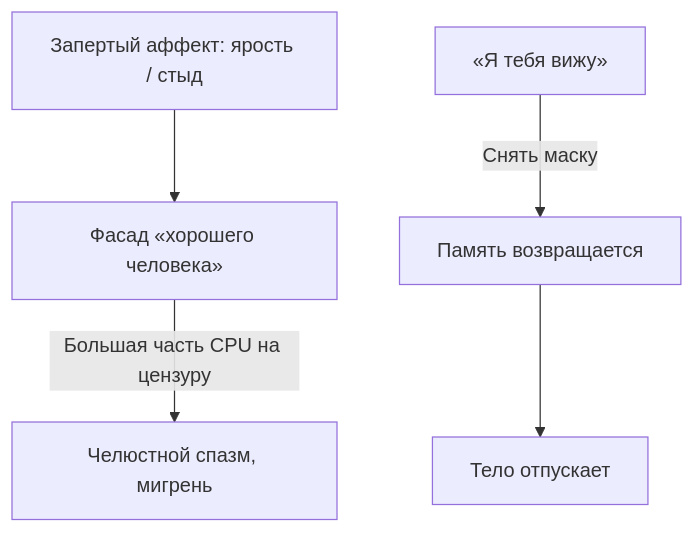
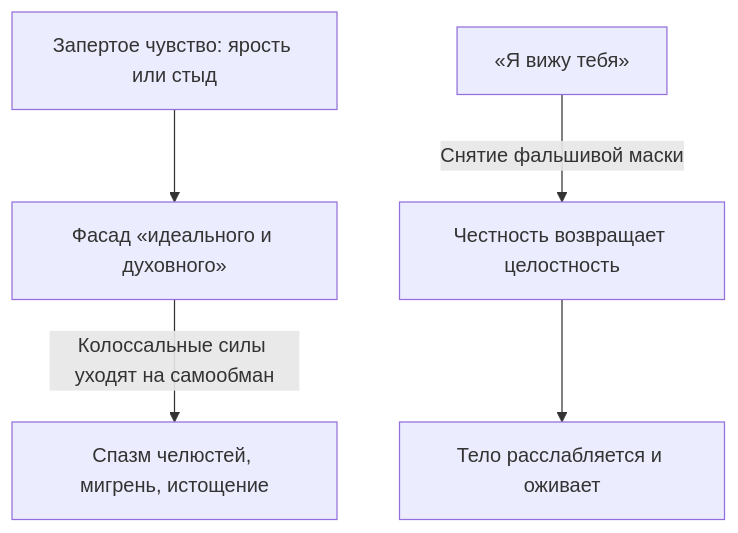
One commit to GTFB/threebooks changed the diagram in root/37-process-in-task-manager/ru.mdx. Above: the diagram before and after it, drawn with Mermaid. The commit also changed other lines of this file and 40 other files, not shown here.

````diff
--- a/root/37-process-in-task-manager/ru.mdx
+++ b/root/37-process-in-task-manager/ru.mdx
@@ -33,7 +33,7 @@
 ```mermaid
 flowchart TB
-  A["Запертый аффект: ярость / стыд"] --> B["Фасад «хорошего человека»"]
-  B -->|Большая часть CPU на цензуру| C["Челюстной спазм, мигрень"]
-  D["«Я тебя вижу»"] -->|Снять маску| E["Память возвращается"]
-  E --> F["Тело отпускает"]
+  A["Запертое чувство: ярость или стыд"] --> B["Фасад «идеального и духовного»"]
+  B -->|Колоссальные силы уходят на самообман| C["Спазм челюстей, мигрень, истощение"]
+  D["«Я вижу тебя»"] -->|Снятие фальшивой маски| E["Честность возвращает целостность"]
+  E --> F["Тело расслабляется и оживает"]
 ```
````
